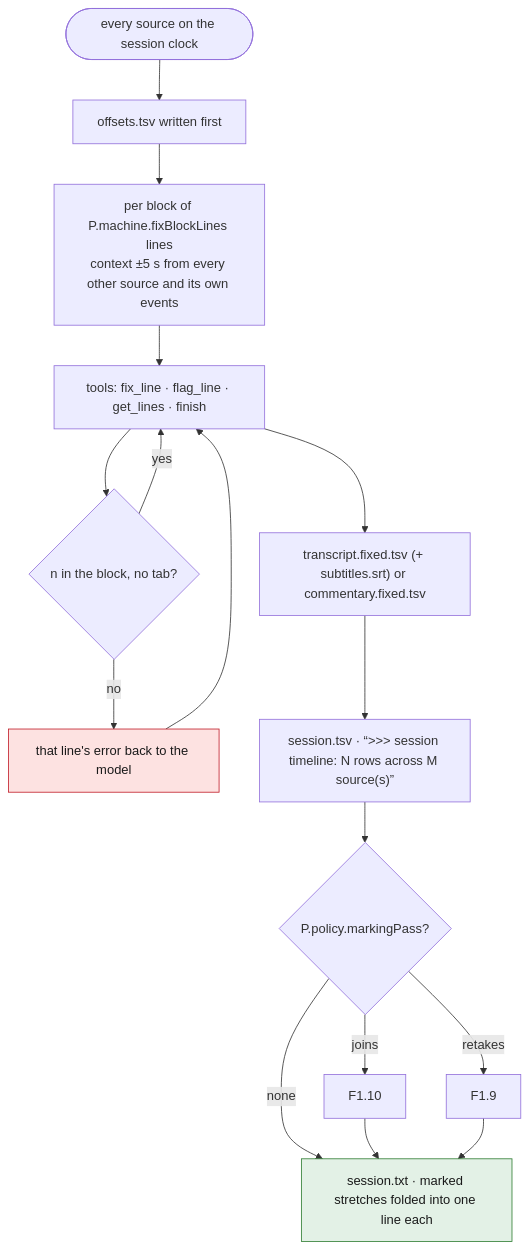
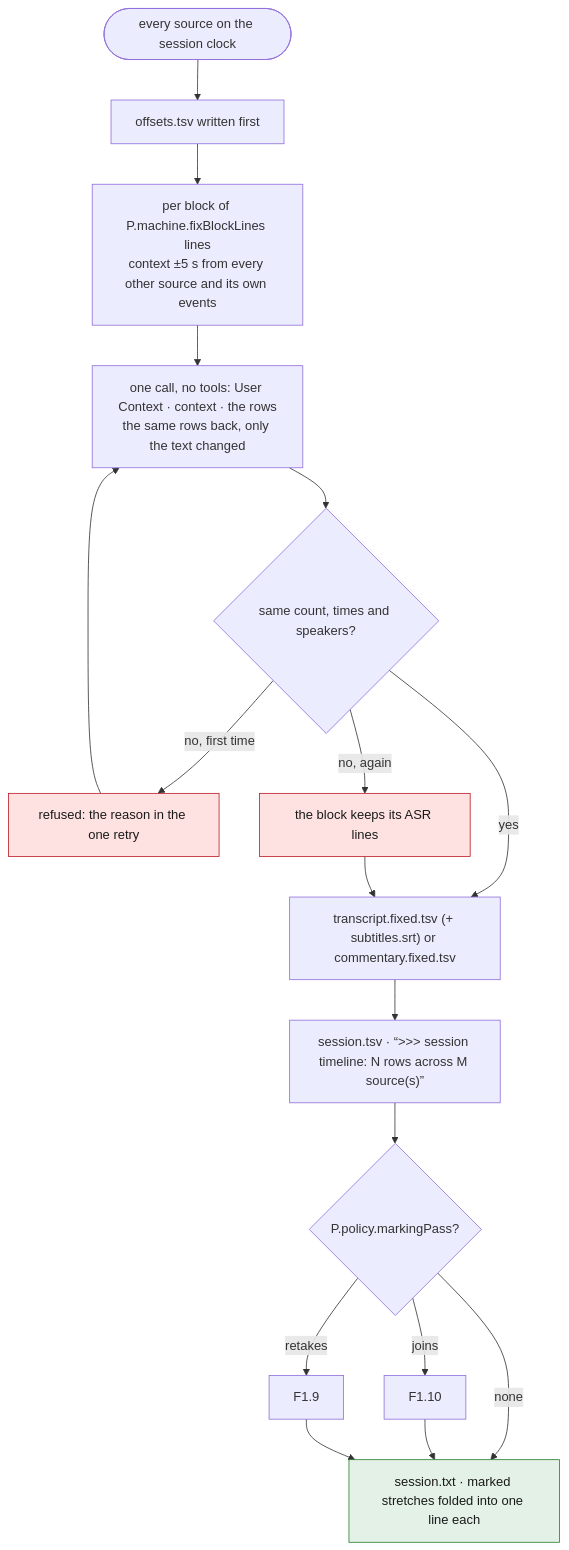
Before and after one commit to tbocek/naivepost: the eighth of 12 diagrams in spec/04-prepare.md, drawn with Mermaid. The commit also changed other lines of this file and 93 other files, not shown here.

````diff
--- a/spec/04-prepare.md
+++ b/spec/04-prepare.md
@@ -238,21 +238,22 @@
 ```mermaid
 flowchart TD
   A(["every source on the session clock"]) --> OFF["offsets.tsv written first"]
   OFF --> BL["per block of P.machine.fixBlockLines lines<br/>context ±5 s from every other source and its own events"]
-  BL --> T["tools: fix_line · flag_line · get_lines · finish"]
-  T --> V{"n in the block, no tab?"}
-  V -- no --> ERR["that line's error back to the model"]:::refuse
+  BL --> T["one call, no tools: User Context · context · the rows<br/>the same rows back, only the text changed"]
+  T --> V{"same count, times and speakers?"}
+  V -- "no, first time" --> ERR["refused: the reason in the one retry"]:::refuse
   ERR --> T
-  V -- yes --> T
-  T --> OUT["transcript.fixed.tsv (+ subtitles.srt) or commentary.fixed.tsv"]
+  V -- "no, again" --> KEEP["the block keeps its ASR lines"]:::refuse
+  V -- yes --> OUT["transcript.fixed.tsv (+ subtitles.srt) or commentary.fixed.tsv"]
+  KEEP --> OUT
   OUT --> SS["session.tsv · “>>> session timeline: N rows across M source(s)”"]
   SS --> MK{"P.policy.markingPass?"}
   MK -- joins --> J["F1.10"]
   MK -- retakes --> RT["F1.9"]
   MK -- none --> TXT
   J --> TXT
   RT --> TXT["session.txt · marked stretches folded into one line each"]:::done
   classDef refuse fill:#fde2e1,stroke:#c01c28,color:#1a1a1a
   classDef done fill:#e3f1e6,stroke:#2e7d32,color:#1a1a1a
   classDef ask fill:#e8eefc,stroke:#3a63c8,color:#1a1a1a
 ```
````
